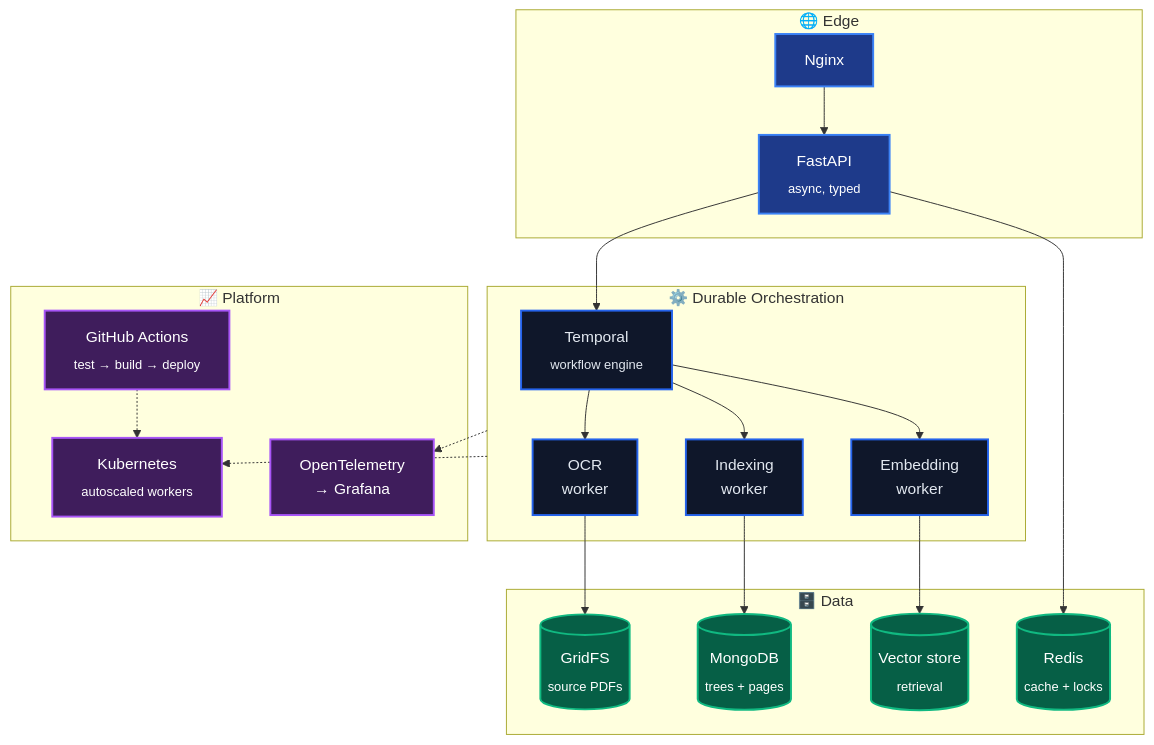
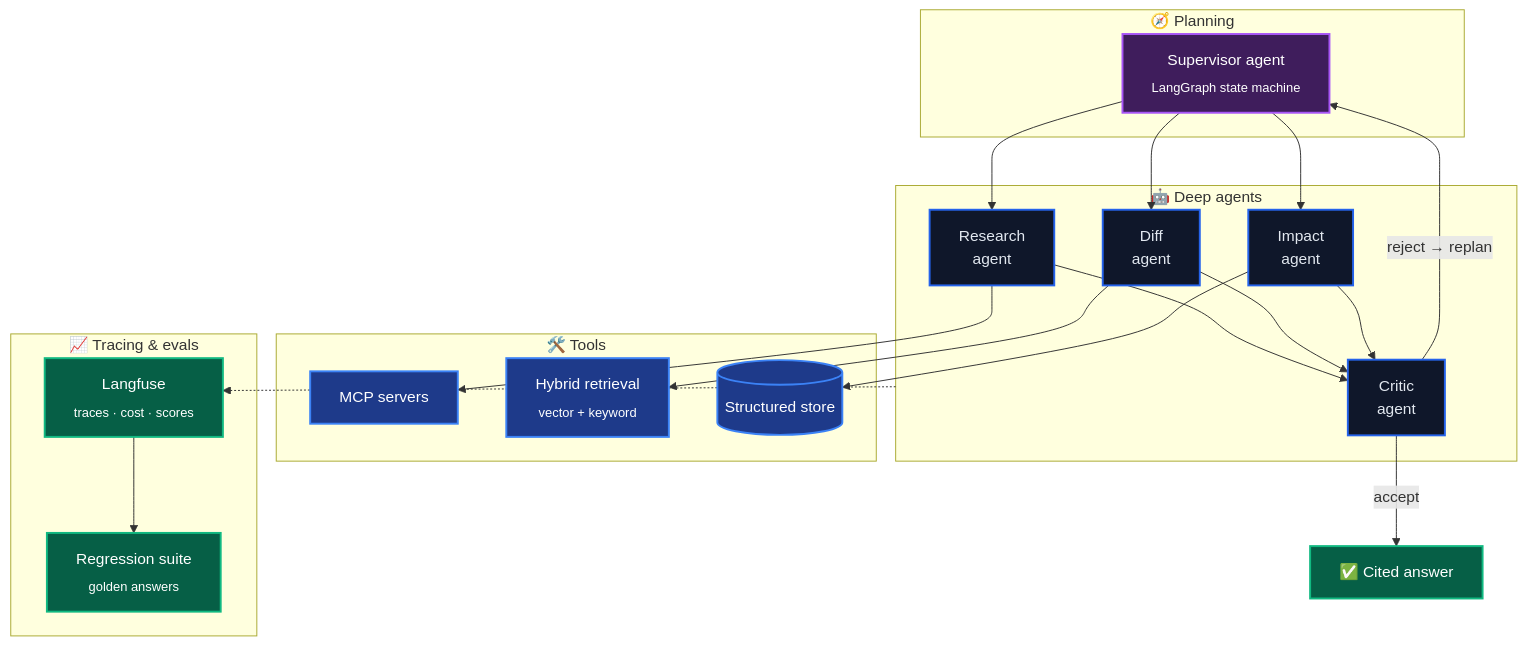
Before and after one commit to Ashish2345/Ashish2345: the second of 2 diagrams in README.md, drawn with Mermaid. The commit also changed other lines of this file and 2 other files, not shown here.

First line of the commit message:
Self-host visuals; reframe around Dafa compliance and agent layer

````diff
--- a/README.md
+++ b/README.md
@@ -57,39 +72,48 @@
 ```mermaid
 flowchart TB
-    subgraph edge["🌐 Edge"]
-        NG["Nginx"] --> API["FastAPI<br/><sub>async, typed</sub>"]
+    subgraph plan["🧭 Planning"]
+        SUP["Supervisor agent<br/><sub>LangGraph state machine</sub>"]
     end
 
-    subgraph orch["⚙️ Durable Orchestration"]
-        API --> TMP["Temporal<br/><sub>workflow engine</sub>"]
-        TMP --> W1["OCR<br/>worker"]
-        TMP --> W2["Indexing<br/>worker"]
-        TMP --> W3["Embedding<br/>worker"]
+    subgraph deep["🤖 Deep agents"]
+        A1["Research<br/>agent"]
+        A2["Diff<br/>agent"]
+        A3["Impact<br/>agent"]
+        A4["Critic<br/>agent"]
     end
 
-    subgraph data["🗄️ Data"]
-        W1 --> GFS[("GridFS<br/><sub>source PDFs</sub>")]
-        W2 --> MDB[("MongoDB<br/><sub>trees + pages</sub>")]
-        W3 --> VEC[("Vector store<br/><sub>retrieval</sub>")]
-        API --> RD[("Redis<br/><sub>cache + locks</sub>")]
+    subgraph tool["🛠️ Tools"]
+        MCP["MCP servers"]
+        RET["Hybrid retrieval<br/><sub>vector + keyword</sub>"]
+        STO[("Structured store")]
     end
 
-    subgraph ops["📈 Platform"]
-        K8S["Kubernetes<br/><sub>autoscaled workers</sub>"]
-        CI["GitHub Actions<br/><sub>test → build → deploy</sub>"]
-        OBS["OpenTelemetry<br/>→ Grafana"]
+    subgraph eval["📈 Tracing &amp; evals"]
+        LF["Langfuse<br/><sub>traces · cost · scores</sub>"]
+        RG["Regression suite<br/><sub>golden answers</sub>"]
     end
 
-    orch -.-> K8S
-    CI -.-> K8S
-    orch -.-> OBS
+    SUP --> A1
+    SUP --> A2
+    SUP --> A3
+    A1 --> A4
+    A2 --> A4
+    A3 --> A4
+    A4 -->|"reject → replan"| SUP
+    A4 -->|"accept"| OUT["✅ Cited answer"]
 
-    classDef e fill:#1E3A8A,stroke:#3B82F6,stroke-width:2px,color:#fff
-    classDef o fill:#0F172A,stroke:#2563EB,stroke-width:2px,color:#E2E8F0
-    classDef d fill:#065F46,stroke:#10B981,stroke-width:2px,color:#fff
+    A1 --> MCP
+    A2 --> RET
+    A3 --> STO
+    deep -.-> LF
+    LF --> RG
+
     classDef p fill:#3F1D5C,stroke:#A855F7,stroke-width:2px,color:#fff
-    class NG,API e
-    class TMP,W1,W2,W3 o
-    class GFS,MDB,VEC,RD d
-    class K8S,CI,OBS p
+    classDef a fill:#0F172A,stroke:#2563EB,stroke-width:2px,color:#E2E8F0
+    classDef t fill:#1E3A8A,stroke:#3B82F6,stroke-width:2px,color:#fff
+    classDef o fill:#065F46,stroke:#10B981,stroke-width:2px,color:#fff
+    class SUP p
+    class A1,A2,A3,A4 a
+    class MCP,RET,STO t
+    class LF,RG,OUT o
 ```
````
